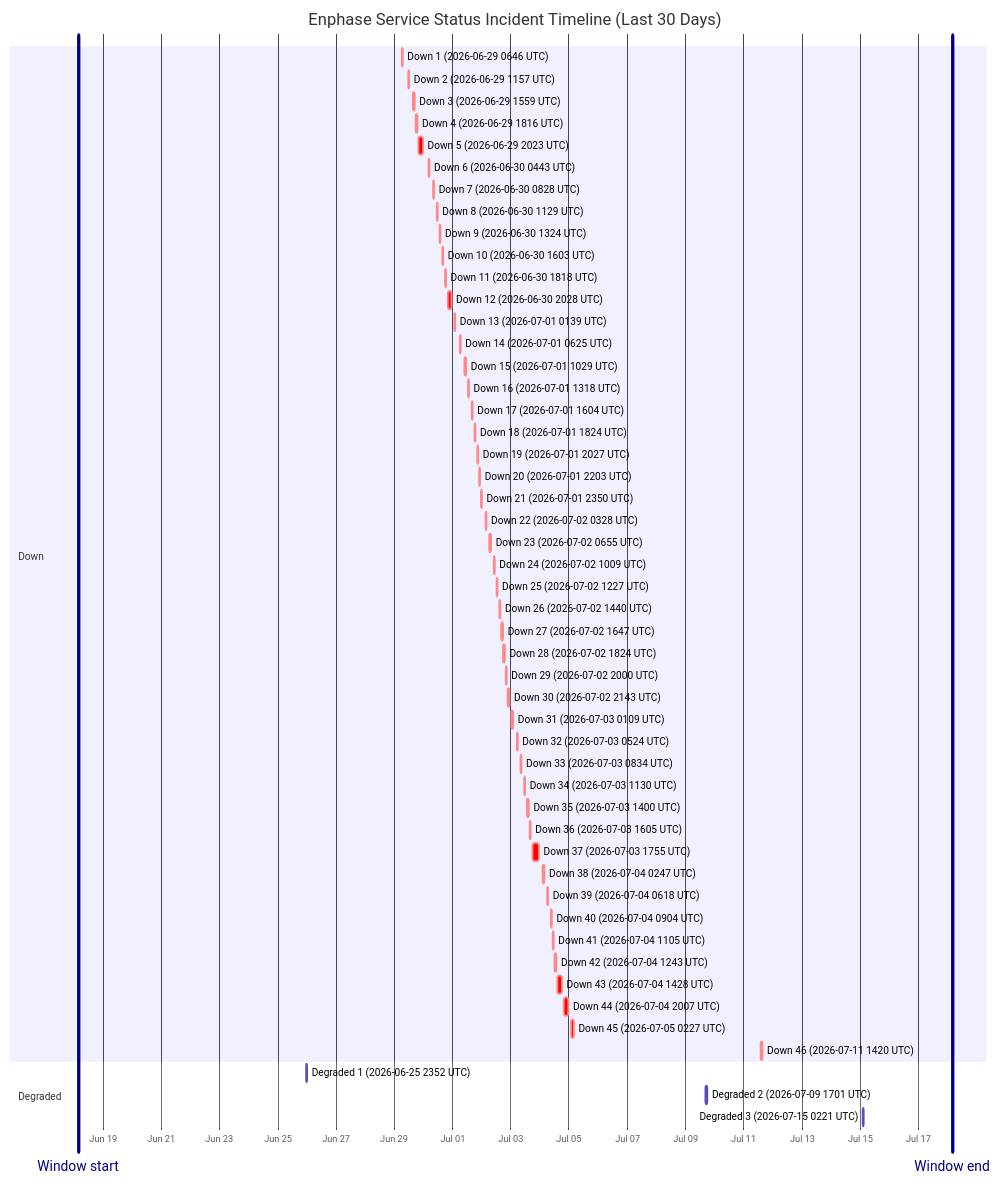
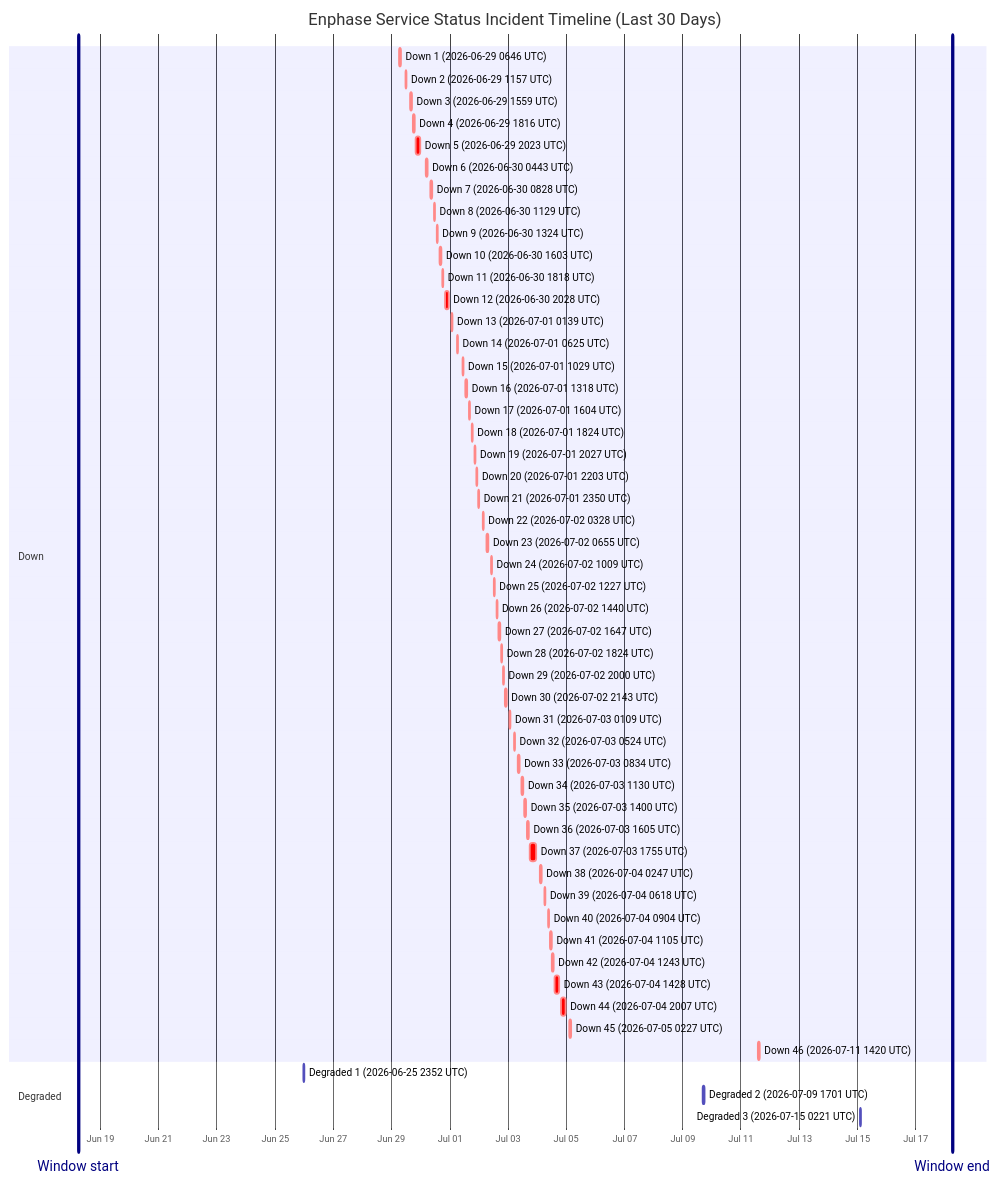
The diagram in wiki/Service-Status-History.md (barneyonline/ha-enphase-energy), drawn with Mermaid before and after one commit. The commit also changed other lines of this file and 3 other files, not shown here.

````diff
--- a/wiki/Service-Status-History.md
+++ b/wiki/Service-Status-History.md
@@ -14,59 +14,59 @@
 ```mermaid
 gantt
     title Enphase Service Status Incident Timeline (Last 30 Days)
     dateFormat  YYYY-MM-DDTHH:mm:ss
     axisFormat  %b %d
-    Window start :vert, window-start, 2026-06-18T03:53:16, 0ms
-    Window end :vert, window-end, 2026-07-18T03:53:16, 0ms
+    Window start :vert, window-start, 2026-06-18T06:03:42, 0ms
+    Window end :vert, window-end, 2026-07-18T06:03:42, 0ms
     section Down
     Down 1 (2026-06-29 0646 UTC) :crit, down-1, 2026-06-29T06:46:18, 60m
     Down 2 (2026-06-29 1157 UTC) :crit, down-2, 2026-06-29T11:57:36, 60m
     Down 3 (2026-06-29 1559 UTC) :crit, down-3, 2026-06-29T15:59:02, 60m
     Down 4 (2026-06-29 1816 UTC) :crit, down-4, 2026-06-29T18:16:38, 60m
     Down 5 (2026-06-29 2023 UTC) :crit, down-5, 2026-06-29T20:23:16, 220m
     Down 6 (2026-06-30 0443 UTC) :crit, down-6, 2026-06-30T04:43:54, 60m
     Down 7 (2026-06-30 0828 UTC) :crit, down-7, 2026-06-30T08:28:43, 60m
     Down 8 (2026-06-30 1129 UTC) :crit, down-8, 2026-06-30T11:29:15, 60m
     Down 9 (2026-06-30 1324 UTC) :crit, down-9, 2026-06-30T13:24:25, 60m
     Down 10 (2026-06-30 1603 UTC) :crit, down-10, 2026-06-30T16:03:26, 60m
     Down 11 (2026-06-30 1818 UTC) :crit, down-11, 2026-06-30T18:18:39, 60m
     Down 12 (2026-06-30 2028 UTC) :crit, down-12, 2026-06-30T20:28:54, 171m
     Down 13 (2026-07-01 0139 UTC) :crit, down-13, 2026-07-01T01:39:18, 60m
     Down 14 (2026-07-01 0625 UTC) :crit, down-14, 2026-07-01T06:25:35, 60m
     Down 15 (2026-07-01 1029 UTC) :crit, down-15, 2026-07-01T10:29:24, 60m
     Down 16 (2026-07-01 1318 UTC) :crit, down-16, 2026-07-01T13:18:31, 60m
     Down 17 (2026-07-01 1604 UTC) :crit, down-17, 2026-07-01T16:04:29, 60m
     Down 18 (2026-07-01 1824 UTC) :crit, down-18, 2026-07-01T18:24:21, 60m
     Down 19 (2026-07-01 2027 UTC) :crit, down-19, 2026-07-01T20:27:17, 60m
     Down 20 (2026-07-01 2203 UTC) :crit, down-20, 2026-07-01T22:03:46, 60m
     Down 21 (2026-07-01 2350 UTC) :crit, down-21, 2026-07-01T23:50:52, 60m
     Down 22 (2026-07-02 0328 UTC) :crit, down-22, 2026-07-02T03:28:33, 60m
     Down 23 (2026-07-02 0655 UTC) :crit, down-23, 2026-07-02T06:55:07, 60m
     Down 24 (2026-07-02 1009 UTC) :crit, down-24, 2026-07-02T10:09:15, 60m
     Down 25 (2026-07-02 1227 UTC) :crit, down-25, 2026-07-02T12:27:49, 60m
     Down 26 (2026-07-02 1440 UTC) :crit, down-26, 2026-07-02T14:40:53, 60m
     Down 27 (2026-07-02 1647 UTC) :crit, down-27, 2026-07-02T16:47:47, 60m
     Down 28 (2026-07-02 1824 UTC) :crit, down-28, 2026-07-02T18:24:26, 60m
     Down 29 (2026-07-02 2000 UTC) :crit, down-29, 2026-07-02T20:00:57, 60m
     Down 30 (2026-07-02 2143 UTC) :crit, down-30, 2026-07-02T21:43:52, 80m
     Down 31 (2026-07-03 0109 UTC) :crit, down-31, 2026-07-03T01:09:19, 60m
     Down 32 (2026-07-03 0524 UTC) :crit, down-32, 2026-07-03T05:24:23, 60m
     Down 33 (2026-07-03 0834 UTC) :crit, down-33, 2026-07-03T08:34:05, 60m
     Down 34 (2026-07-03 1130 UTC) :crit, down-34, 2026-07-03T11:30:41, 60m
     Down 35 (2026-07-03 1400 UTC) :crit, down-35, 2026-07-03T14:00:48, 60m
     Down 36 (2026-07-03 1605 UTC) :crit, down-36, 2026-07-03T16:05:49, 60m
     Down 37 (2026-07-03 1755 UTC) :crit, down-37, 2026-07-03T17:55:54, 338m
     Down 38 (2026-07-04 0247 UTC) :crit, down-38, 2026-07-04T02:47:22, 60m
     Down 39 (2026-07-04 0618 UTC) :crit, down-39, 2026-07-04T06:18:09, 60m
     Down 40 (2026-07-04 0904 UTC) :crit, down-40, 2026-07-04T09:04:41, 60m
     Down 41 (2026-07-04 1105 UTC) :crit, down-41, 2026-07-04T11:05:21, 60m
     Down 42 (2026-07-04 1243 UTC) :crit, down-42, 2026-07-04T12:43:25, 60m
     Down 43 (2026-07-04 1428 UTC) :crit, down-43, 2026-07-04T14:28:07, 243m
     Down 44 (2026-07-04 2007 UTC) :crit, down-44, 2026-07-04T20:07:50, 206m
     Down 45 (2026-07-05 0227 UTC) :crit, down-45, 2026-07-05T02:27:32, 109m
     Down 46 (2026-07-11 1420 UTC) :crit, down-46, 2026-07-11T14:20:54, 69m
     section Degraded
     Degraded 1 (2026-06-25 2352 UTC) :active, degraded-1, 2026-06-25T23:52:01, 60m
     Degraded 2 (2026-07-09 1701 UTC) :active, degraded-2, 2026-07-09T17:01:02, 60m
     Degraded 3 (2026-07-15 0221 UTC) :active, degraded-3, 2026-07-15T02:21:35, 60m
 ```
````
